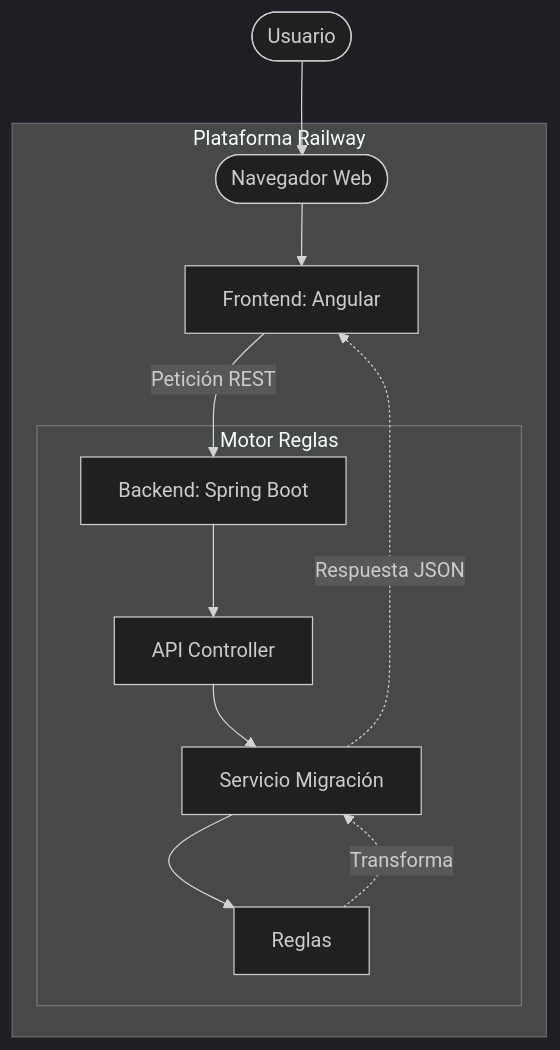
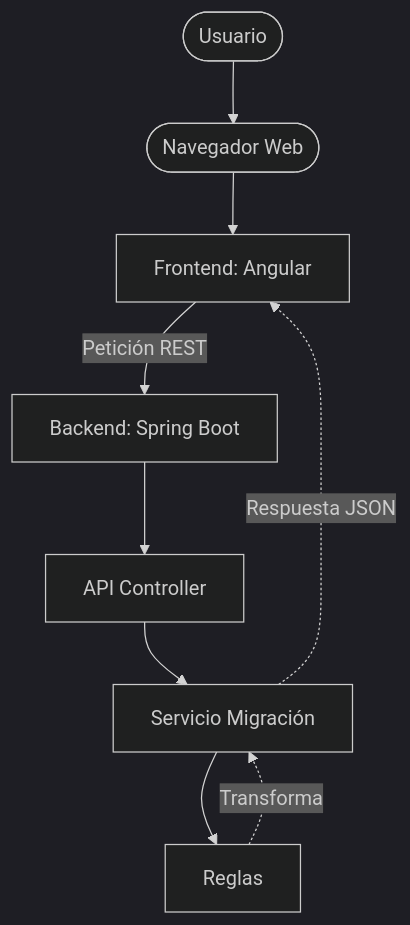
Before and after one commit to mesa963/kata_motor: the first of 2 diagrams in README.md, drawn with Mermaid (dark theme). The commit also changed other lines of this file, not shown here.

Commit message:
Update README with deployment instructions
Added deployment sections for On-Premise and Cloud (AWS) environments, including details on load balancing, CI/CD, and database options.

````diff
--- a/README.md
+++ b/README.md
@@ -24,22 +24,11 @@
 ```mermaid
----
-
----
 flowchart TD
     A([Usuario]) --> B([Navegador Web])
-    
-    subgraph Railway [Plataforma Railway]
-
-        B --> C[Frontend: Angular]
-        C -- "Petición REST" --> D[Backend: Spring Boot]
-        
-        subgraph Motor [Motor Reglas]
-            D --> E[API Controller]
-            E --> F[Servicio Migración]
-            F --> G[Reglas]
-        end
-        
-        G -. "Transforma" .-> F
-        F -. "Respuesta JSON" .-> C
-    end
+    B --> C[Frontend: Angular]
+    C -- "Petición REST" --> D[Backend: Spring Boot]
+    D --> E[API Controller]
+    E --> F[Servicio Migración]
+    F --> G[Reglas]
+    G -. "Transforma" .-> F
+    F -. "Respuesta JSON" .-> C
 ```
````
